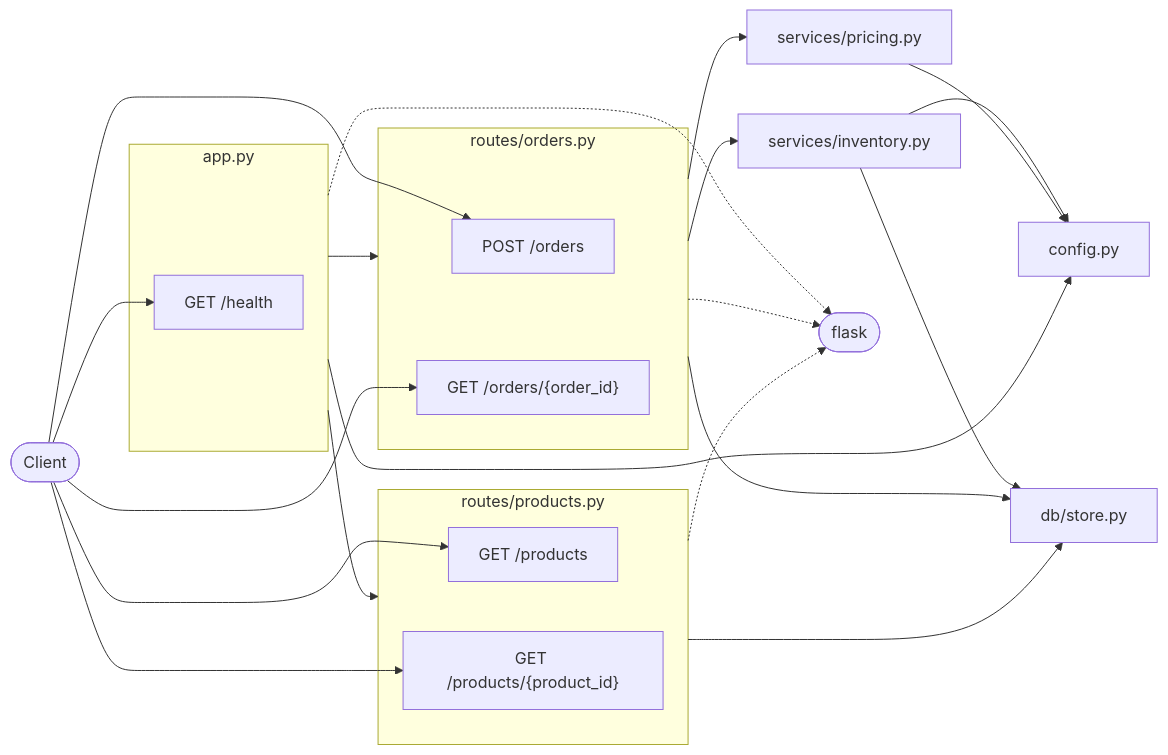
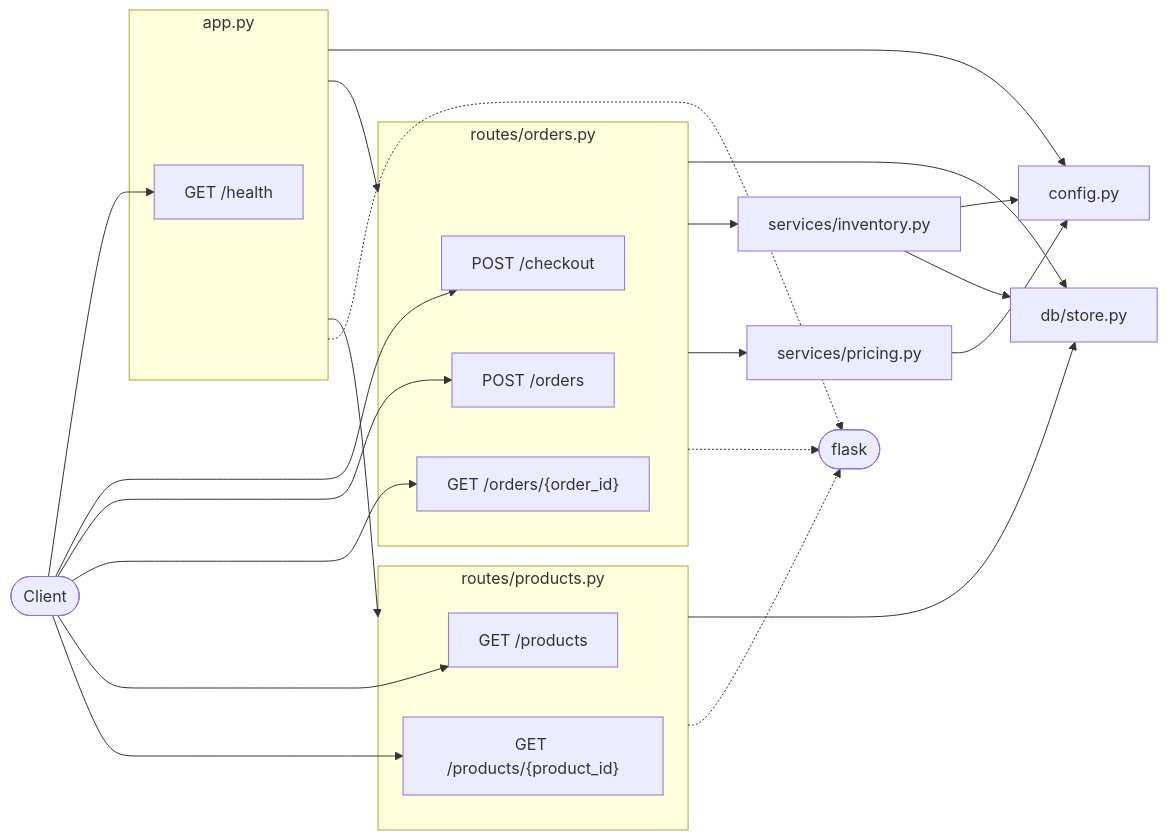
One commit to lambdaquill/shop-apis changed the first of 5 diagrams in docs/DOCUMENTATION.md. Above: the diagram before and after it, drawn with Mermaid. The commit also changed other lines of this file, not shown here.

Commit message:
docs: successfully auto-generate architecture and api mappings for /checkout

````diff
--- a/docs/DOCUMENTATION.md
+++ b/docs/DOCUMENTATION.md
@@ -34,38 +28,40 @@
 ```mermaid
 flowchart LR
   client([Client])
   subgraph m_app["app.py"]
     m_app_e0["GET /health"]
   end
   m_config["config.py"]
   m_db_store["db/store.py"]
   subgraph m_routes_orders["routes/orders.py"]
-    m_routes_orders_e0["POST /orders"]
-    m_routes_orders_e1["GET /orders/{order_id}"]
+    m_routes_orders_e0["POST /checkout"]
+    m_routes_orders_e1["POST /orders"]
+    m_routes_orders_e2["GET /orders/{order_id}"]
   end
   subgraph m_routes_products["routes/products.py"]
     m_routes_products_e0["GET /products"]
     m_routes_products_e1["GET /products/{product_id}"]
   end
   m_services_inventory["services/inventory.py"]
   m_services_pricing["services/pricing.py"]
   client --> m_app_e0
   client --> m_routes_orders_e0
   client --> m_routes_orders_e1
+  client --> m_routes_orders_e2
   client --> m_routes_products_e0
   client --> m_routes_products_e1
   m_app --> m_config
   m_app --> m_routes_orders
   m_app --> m_routes_products
   m_routes_orders --> m_db_store
   m_routes_orders --> m_services_inventory
   m_routes_orders --> m_services_pricing
   m_routes_products --> m_db_store
   m_services_inventory --> m_config
   m_services_inventory --> m_db_store
   m_services_pricing --> m_config
   ext_flask(["flask"])
   m_app -.-> ext_flask
   m_routes_orders -.-> ext_flask
   m_routes_products -.-> ext_flask
 ```
````
